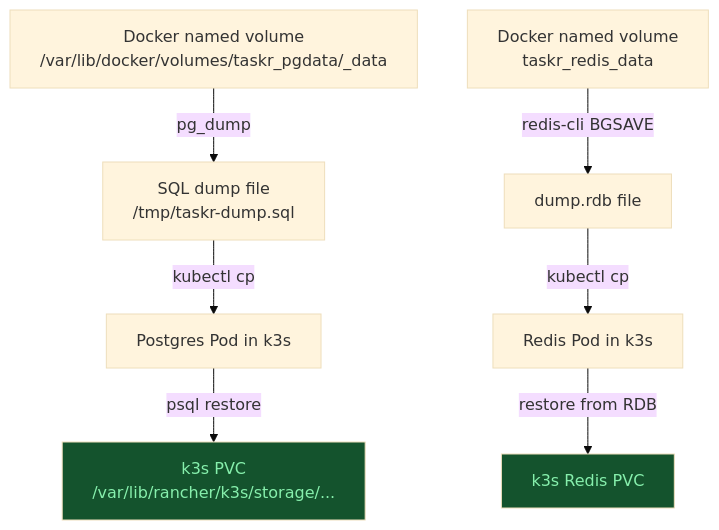
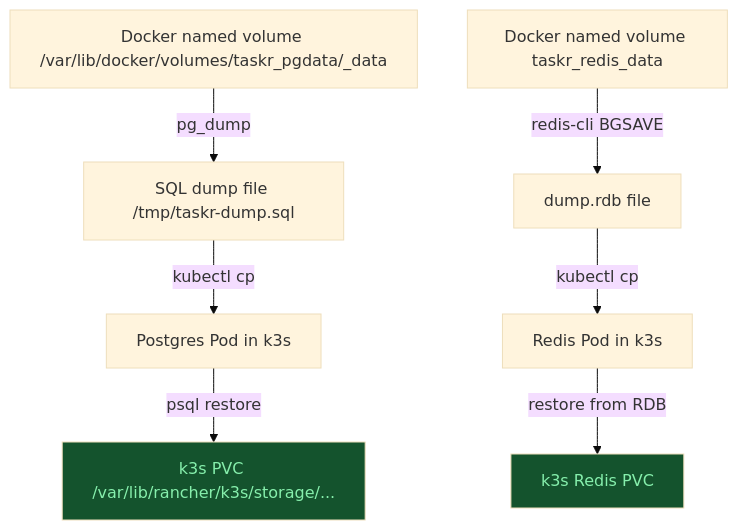
The third of 7 diagrams in 17_docker_to_k3s/05_migration_walkthrough.md (UncleJS/course_k3s), drawn with Mermaid (base theme) before and after one commit. The commit also changed other lines of this file and 57 other files, not shown here.

````diff
--- a/17_docker_to_k3s/05_migration_walkthrough.md
+++ b/17_docker_to_k3s/05_migration_walkthrough.md
@@ -913,13 +913,13 @@
 ```mermaid
 flowchart TD
-    A[Docker named volume\n/var/lib/docker/volumes/taskr_pgdata/_data] -->|pg_dump| B[SQL dump file\n/tmp/taskr-dump.sql]
+    A[Docker named volume /var/lib/docker/volumes/taskr_pgdata/_data] -->|pg_dump| B[SQL dump file /tmp/taskr-dump.sql]
     B -->|kubectl cp| C[Postgres Pod in k3s]
-    C -->|psql restore| D[k3s PVC\n/var/lib/rancher/k3s/storage/...]
+    C -->|psql restore| D[k3s PVC /var/lib/rancher/k3s/storage/...]
     
-    E[Docker named volume\ntaskr_redis_data] -->|redis-cli BGSAVE| F[dump.rdb file]
+    E[Docker named volume taskr_redis_data] -->|redis-cli BGSAVE| F[dump.rdb file]
     F -->|kubectl cp| G[Redis Pod in k3s]
     G -->|restore from RDB| H[k3s Redis PVC]
 
     style D fill:#14532d,color:#86efac
     style H fill:#14532d,color:#86efac
 ```
````
